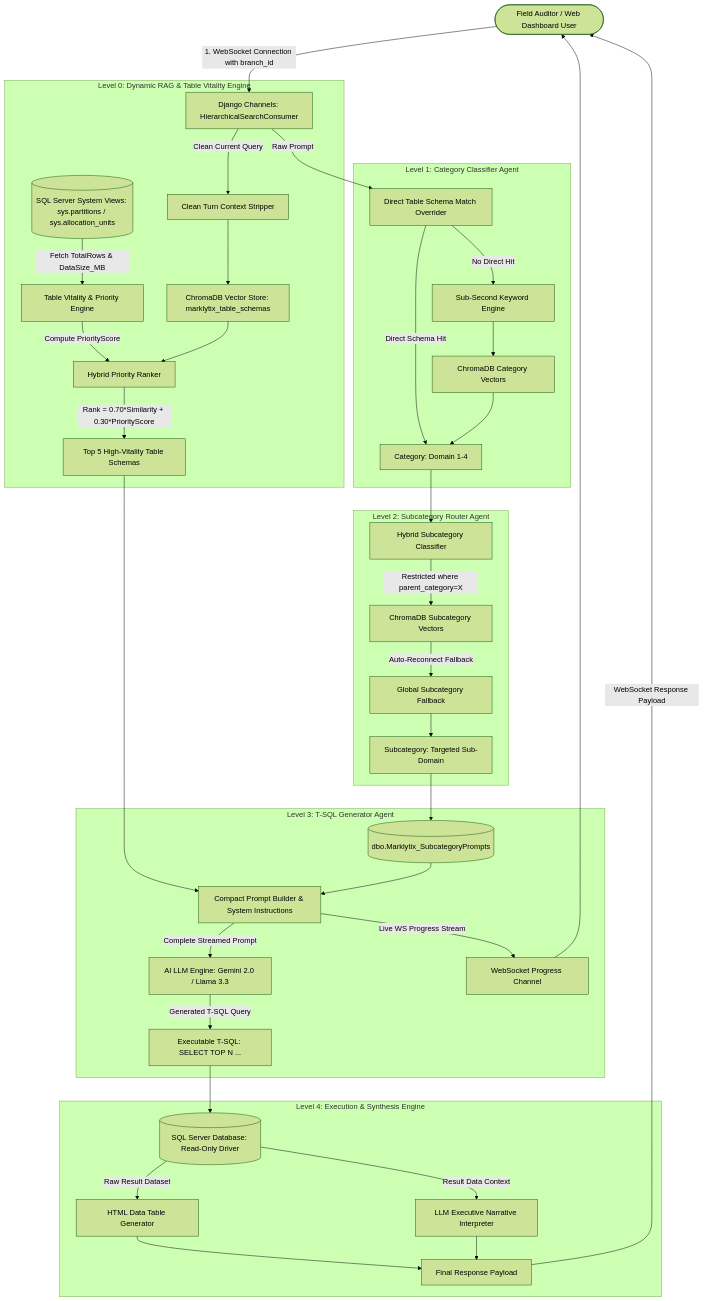
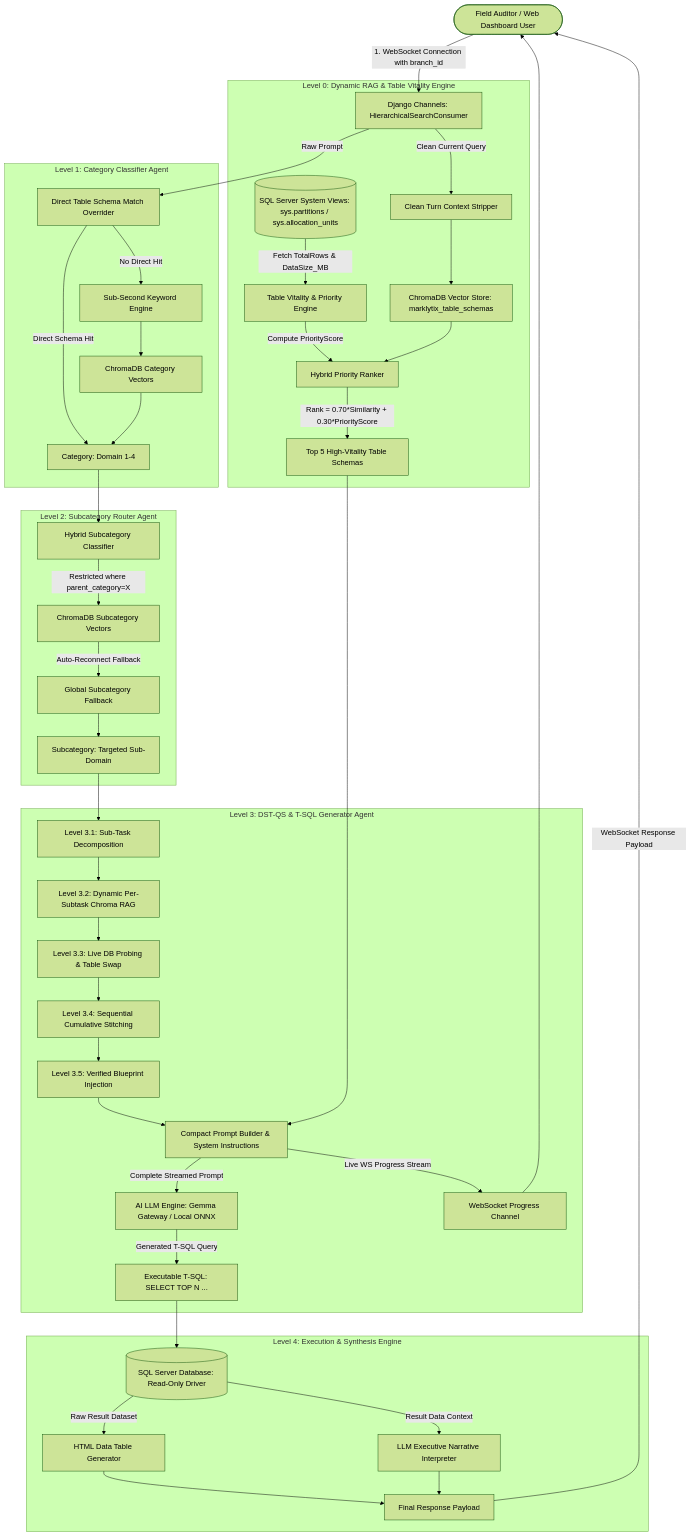
The diagram in satark/Marklytix/docs/CHATBOT_COMPLETE_ARCHITECTURE.md (SFPLKOTAK/sonata_satark_be), drawn with Mermaid (forest theme) before and after one commit. The commit also changed other lines of this file and 10 other files, not shown here.

````diff
--- a/satark/Marklytix/docs/CHATBOT_COMPLETE_ARCHITECTURE.md
+++ b/satark/Marklytix/docs/CHATBOT_COMPLETE_ARCHITECTURE.md
@@ -17,52 +19,57 @@
 ```mermaid
 graph TD
     User([Field Auditor / Web Dashboard User]) -->|1. WebSocket Connection with branch_id| Consumer[Django Channels: HierarchicalSearchConsumer]
     
     subgraph L0["Level 0: Dynamic RAG & Table Vitality Engine"]
         Consumer -->|Clean Current Query| ContextStrip[Clean Turn Context Stripper]
         ContextStrip --> GlobalChroma[ChromaDB Vector Store: marklytix_table_schemas]
         
         SQLSys[(SQL Server System Views: sys.partitions / sys.allocation_units)] -->|Fetch TotalRows & DataSize_MB| VitalityEngine[Table Vitality & Priority Engine]
         VitalityEngine -->|Compute PriorityScore| HybridRanker[Hybrid Priority Ranker]
         
         GlobalChroma --> HybridRanker
         HybridRanker -->|Rank = 0.70*Similarity + 0.30*PriorityScore| Top5Schemas[Top 5 High-Vitality Table Schemas]
     end
 
     subgraph L1["Level 1: Category Classifier Agent"]
         Consumer -->|Raw Prompt| DirectMatch[Direct Table Schema Match Overrider]
         DirectMatch -->|Direct Schema Hit| L1Cat[Category: Domain 1-4]
         DirectMatch -->|No Direct Hit| KeywordL1[Sub-Second Keyword Engine]
         KeywordL1 --> ChromaL1[ChromaDB Category Vectors]
         ChromaL1 --> L1Cat
     end
 
     subgraph L2["Level 2: Subcategory Router Agent"]
         L1Cat --> SubcatRouter[Hybrid Subcategory Classifier]
         SubcatRouter -->|Restricted where parent_category=X| ChromaL2[ChromaDB Subcategory Vectors]
         ChromaL2 -->|Auto-Reconnect Fallback| GlobalSubcat[Global Subcategory Fallback]
         GlobalSubcat --> L2Subcat[Subcategory: Targeted Sub-Domain]
     end
 
-    subgraph L3["Level 3: T-SQL Generator Agent"]
-        L2Subcat --> SubcatPrompt[(dbo.Marklytix_SubcategoryPrompts)]
-        Top5Schemas --> PromptBuilder[Compact Prompt Builder & System Instructions]
-        SubcatPrompt --> PromptBuilder
+    subgraph L3["Level 3: DST-QS & T-SQL Generator Agent"]
+        L2Subcat --> Subtasks[Level 3.1: Sub-Task Decomposition]
+        Subtasks --> SubtaskRAG[Level 3.2: Dynamic Per-Subtask Chroma RAG]
+        SubtaskRAG --> LiveProbe[Level 3.3: Live DB Probing & Table Swap]
+        LiveProbe --> SequentialStitch[Level 3.4: Sequential Cumulative Stitching]
+        SequentialStitch --> Blueprint[Level 3.5: Verified Blueprint Injection]
+
+        Blueprint --> PromptBuilder[Compact Prompt Builder & System Instructions]
+        Top5Schemas --> PromptBuilder
         
-        PromptBuilder -->|Complete Streamed Prompt| GeminiModel[AI LLM Engine: Gemini 2.0 / Llama 3.3]
+        PromptBuilder -->|Complete Streamed Prompt| GeminiModel[AI LLM Engine: Gemma Gateway / Local ONNX]
         GeminiModel -->|Generated T-SQL Query| TSQL[Executable T-SQL: SELECT TOP N ...]
         PromptBuilder -->|Live WS Progress Stream| WSStream[WebSocket Progress Channel]
     end
 
     subgraph L4["Level 4: Execution & Synthesis Engine"]
         TSQL --> DBExec[(SQL Server Database: Read-Only Driver)]
         DBExec -->|Raw Result Dataset| HTMLGen[HTML Data Table Generator]
         DBExec -->|Result Data Context| AISynth[LLM Executive Narrative Interpreter]
         
         HTMLGen --> FinalResponse[Final Response Payload]
         AISynth --> FinalResponse
     end
 
     WSStream --> User
     FinalResponse -->|WebSocket Response Payload| User
 ```
````
